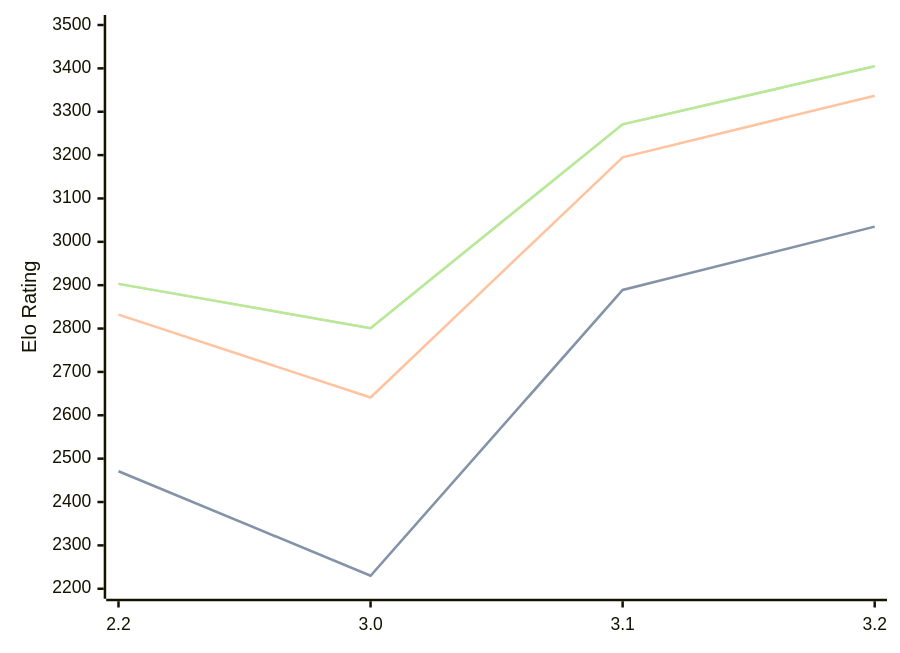
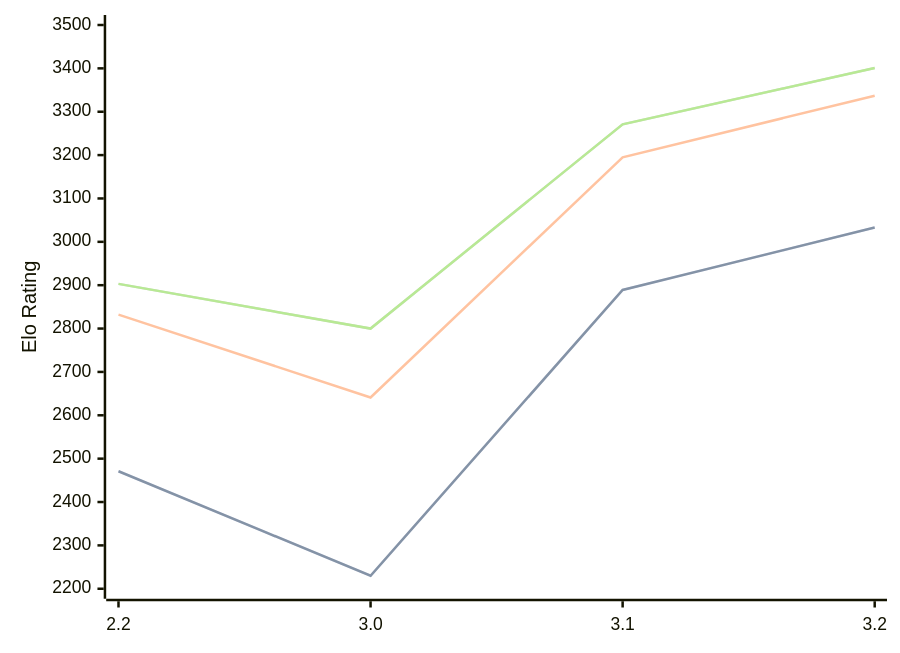
The diagram in engines/Thrawn.md (computer-chess-index/cci), drawn with Mermaid before and after one commit. The commit also changed other lines of this file, not shown here.

Commit message:
Update CCI Ratings (ELO VLTC) - 2026-09-12

````diff
--- a/engines/Thrawn.md
+++ b/engines/Thrawn.md
@@ -34,11 +34,11 @@
 ```mermaid
 %%{init: {"theme":"base","themeVariables":{"seriesColors:['#a3a3a3','#222221','#faa371']}}}%%
 xychart-beta
   x-axis ["2.2", "3.0", "3.1", "3.2"]
   y-axis "Elo Rating" 2200 --> 3500
-  line "" [2471, 2230, 2889, 3035]
-  line "STC (8.0+0.08s)" [2471, 2230, 2889, 3035]
+  line "" [2471, 2230, 2889, 3033]
+  line "STC (8.0+0.08s)" [2471, 2230, 2889, 3033]
   line "LTC (60.0+0.60s)" [2832, 2641, 3195, 3337]
-  line "" [2903, 2801, 3271, 3405]
-  line "VLTC (2m24s+1.12s)" [2903, 2801, 3271, 3405]
+  line "" [2903, 2800, 3271, 3401]
+  line "VLTC (2m24s+1.12s)" [2903, 2800, 3271, 3401]
 ```
````
